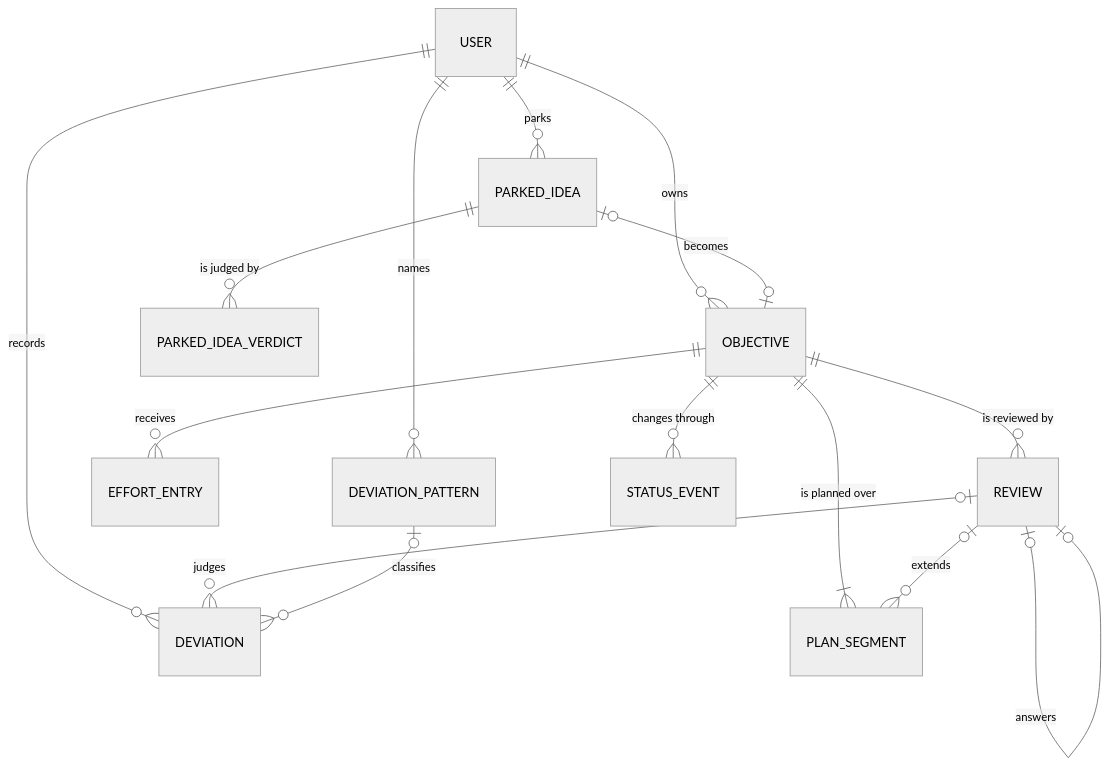
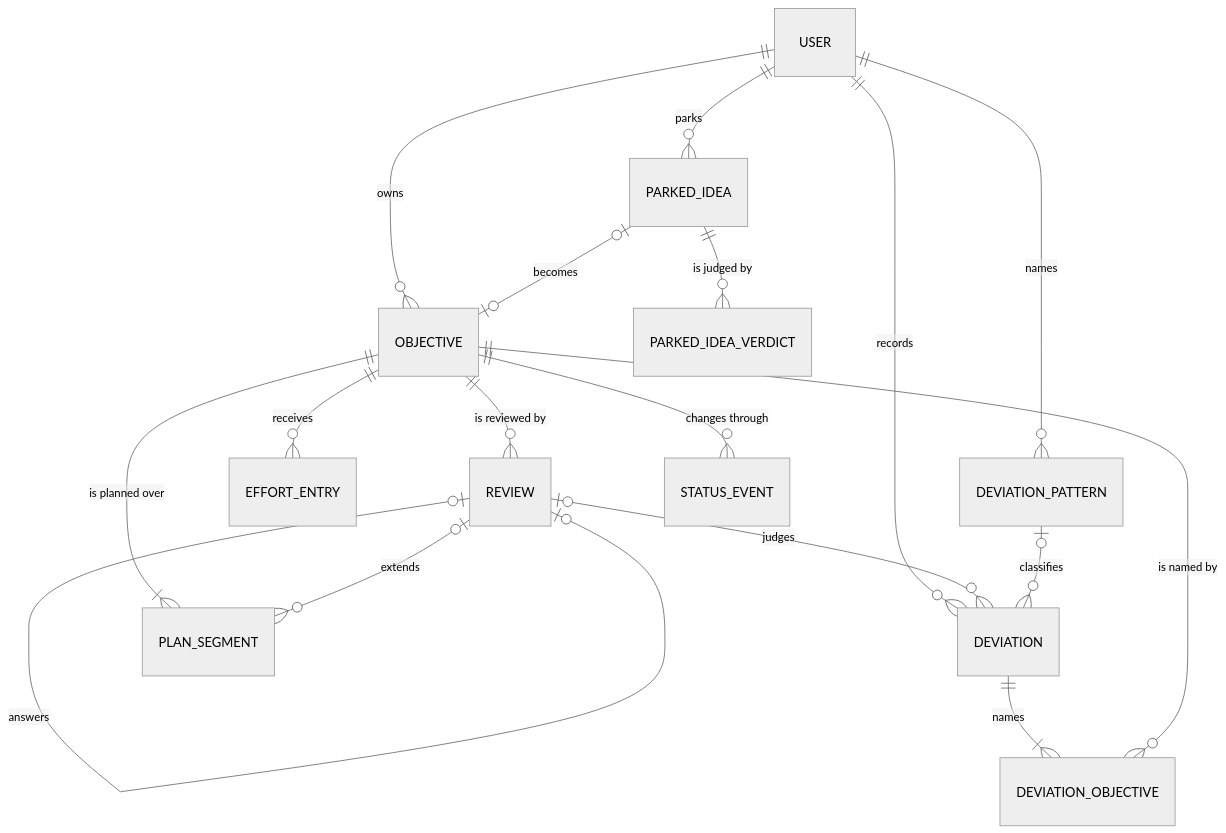
The first of 2 diagrams in docs/erd.md (rohit12242/keel), drawn with Mermaid (neutral theme) before and after one commit. The commit also changed other lines of this file and 158 other files, not shown here.

````diff
--- a/docs/erd.md
+++ b/docs/erd.md
@@ -45,17 +67,19 @@
 ```mermaid
 erDiagram
     USER ||--o{ OBJECTIVE : owns
     USER ||--o{ DEVIATION : records
+    DEVIATION ||--|{ DEVIATION_OBJECTIVE : names
+    OBJECTIVE ||--o{ DEVIATION_OBJECTIVE : "is named by"
     USER ||--o{ PARKED_IDEA : parks
     USER ||--o{ DEVIATION_PATTERN : names
     OBJECTIVE ||--|{ PLAN_SEGMENT : "is planned over"
     OBJECTIVE ||--o{ EFFORT_ENTRY : receives
     OBJECTIVE ||--o{ REVIEW : "is reviewed by"
     OBJECTIVE ||--o{ STATUS_EVENT : "changes through"
     REVIEW |o--o{ PLAN_SEGMENT : extends
     REVIEW |o--o{ DEVIATION : judges
     REVIEW |o--o| REVIEW : answers
     DEVIATION_PATTERN |o--o{ DEVIATION : classifies
     PARKED_IDEA ||--o{ PARKED_IDEA_VERDICT : "is judged by"
     PARKED_IDEA |o--o| OBJECTIVE : becomes
 ```
````
